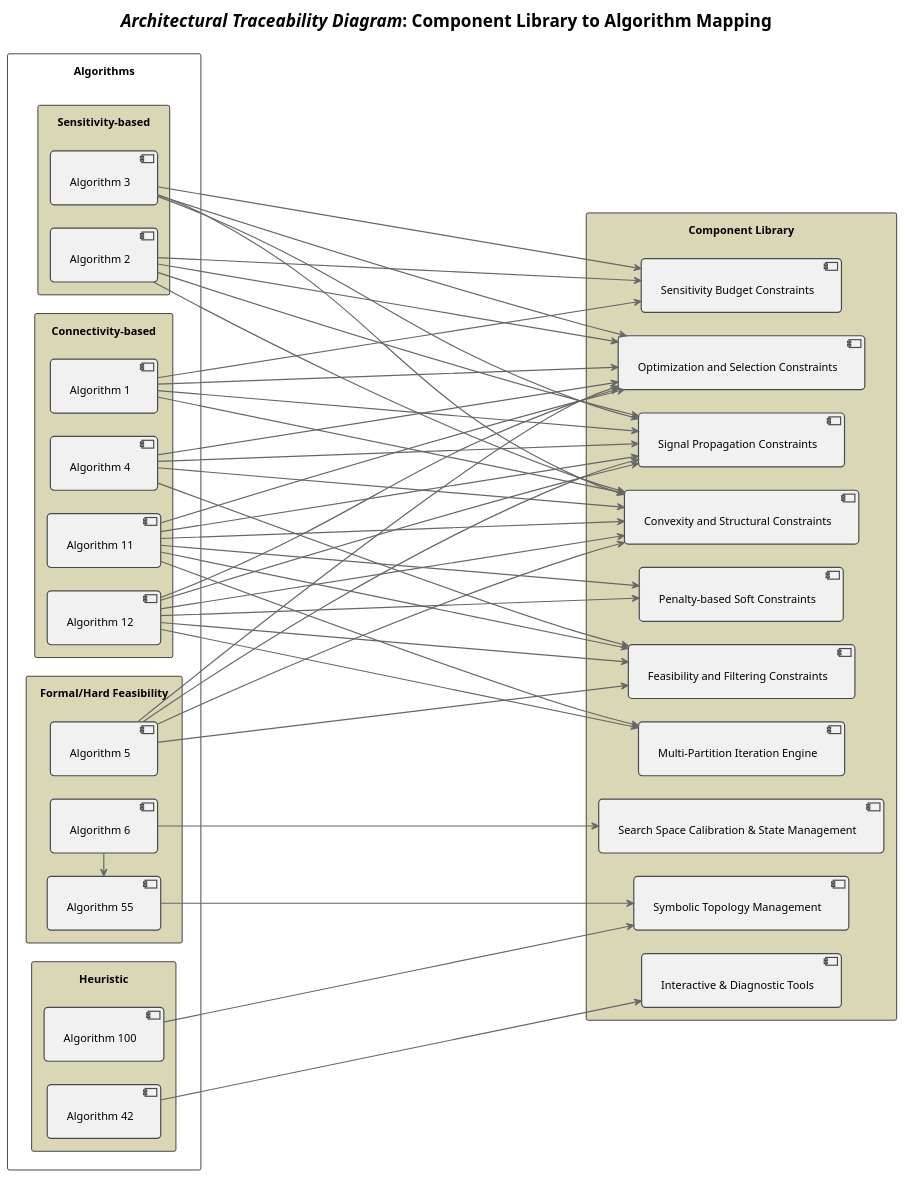
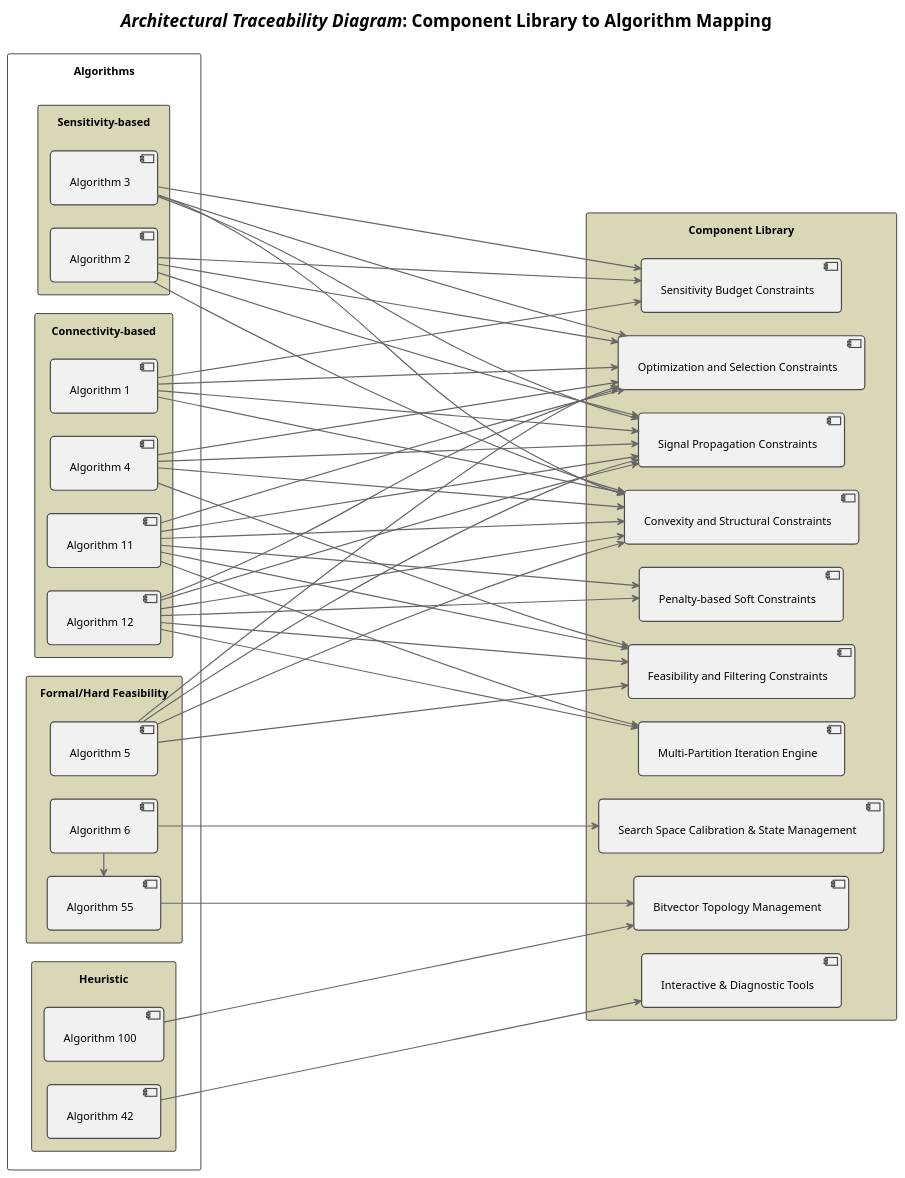
The diagram in sxpat/docs/subgraph_extraction/architecture_map.puml (LP-RG/subxpat), drawn with PlantUML before and after one commit. The commit also changed 1 other file, not shown here.

```diff
--- a/sxpat/docs/subgraph_extraction/architecture_map.puml
+++ b/sxpat/docs/subgraph_extraction/architecture_map.puml
@@ -1,122 +1,122 @@
 @startuml architecture_map
 skinparam componentStyle uml2
 left to right direction
 
 ' --- LAYOUT & SPACING FIXES ---
 skinparam nodesep 30
 skinparam Ranksep 550 
 skinparam Padding 10
 
 ' --- STYLING & COLORS ---
 skinparam titleFontSize 22
 skinparam packageStyle rectangle
 
 <style>
 component {
     LineColor #4A4A4A
     LineThickness 1.5
     RoundCorner 10
 }
 arrow {
     LineColor #666666
     LineThickness 1.5
 }
 </style>
 
 title 
     <i>Architectural Traceability Diagram</i>: Component Library to Algorithm Mapping
 end title
 package "Component Library" as CL #D9D7B6 {
     [Signal Propagation Constraints] as SP
     [Convexity and Structural Constraints] as CS
     [Optimization and Selection Constraints] as OS
     [Sensitivity Budget Constraints] as SB
     [Feasibility and Filtering Constraints] as FF
     [Penalty-based Soft Constraints] as PS
     [Multi-Partition Iteration Engine] as MPE
     [Search Space Calibration & State Management] as SSCSM
-    [Symbolic Topology Management] as STM
+    [Bitvector Topology Management] as BTM
     [Interactive & Diagnostic Tools] as IDT
 }
 
 package "Algorithms" as ALG {
     package "Connectivity-based" #D9D7B6{
         [Algorithm 1] as A1
         [Algorithm 4] as A4
         [Algorithm 11] as A11
         [Algorithm 12] as A12
     }
     package "Sensitivity-based" #D9D7B6{
         [Algorithm 2] as A2
         [Algorithm 3] as A3
     }
     package "Formal/Hard Feasibility" #D9D7B6{
         [Algorithm 5] as A5
         [Algorithm 6] as A6
         [Algorithm 55] as A55
     }
     package "Heuristic" #D9D7B6{
         [Algorithm 42] as A42
         [Algorithm 100] as A100
     }
 }
 
 ' (Mapping)
 ' mapping dependencies for 'Signal Propagation Constraints'
 A1 --> SP
 A2 --> SP
 A3 --> SP
 A4 --> SP
 A5 --> SP
 A11 --> SP
 A12 --> SP
 
 ' mapping dependencies for 'Convexity and Structural Constraints'
 A1 --> CS
 A2 --> CS
 A3 --> CS
 A4 --> CS
 A5 --> CS
 A11 --> CS
 A12 -right-> CS
 
 ' mapping dependencies for 'Optimization and Selection Constraints'
 A1 -right-> OS
 A2 --> OS
 A3 --> OS
 A4 --> OS
 A5 --> OS
 A11 --> OS
 A12 --> OS
 
 ' mapping dependencies for 'Sensitivity Budget Constraints'
 A1 -right-> SB
 A2 --> SB
 A3 --> SB
 
 ' mapping dependencies for 'Feasibility and Filtering Constraints'
 A4 --> FF
 A5 --> FF
 A11 --> FF
 A12 --> FF
 
 ' mapping dependencies for 'Penalty-based Soft Constraints'
 A11 --> PS
 A12 --> PS
 
 ' mapping dependencies for 'Multi-Partition Iteration Engine'
 A11 --> MPE
 A12 -right-> MPE
 
 ' mapping dependencies for 'Search Space Calibration & State Management'
 A6 -right-> SSCSM
 
 ' mapping dependencies for 'Symbolic Topology Management'
-A55 --> STM
-A100 --> STM
+A55 --> BTM
+A100 --> BTM
 A6 -right-> A55
 
 ' mapping dependencies for 'Interactive & Diagnostic Tools'
 A42 --> IDT
 
 @enduml
```
